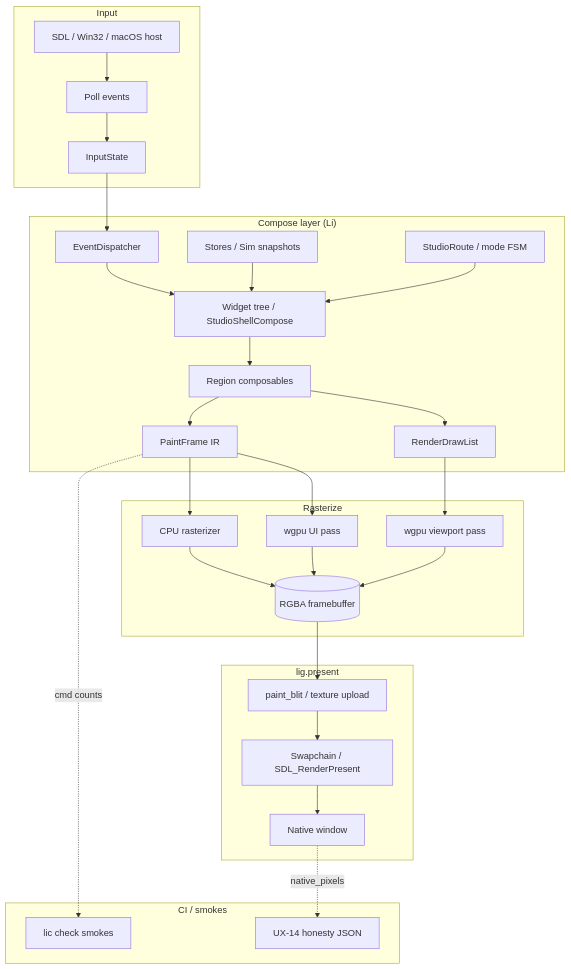
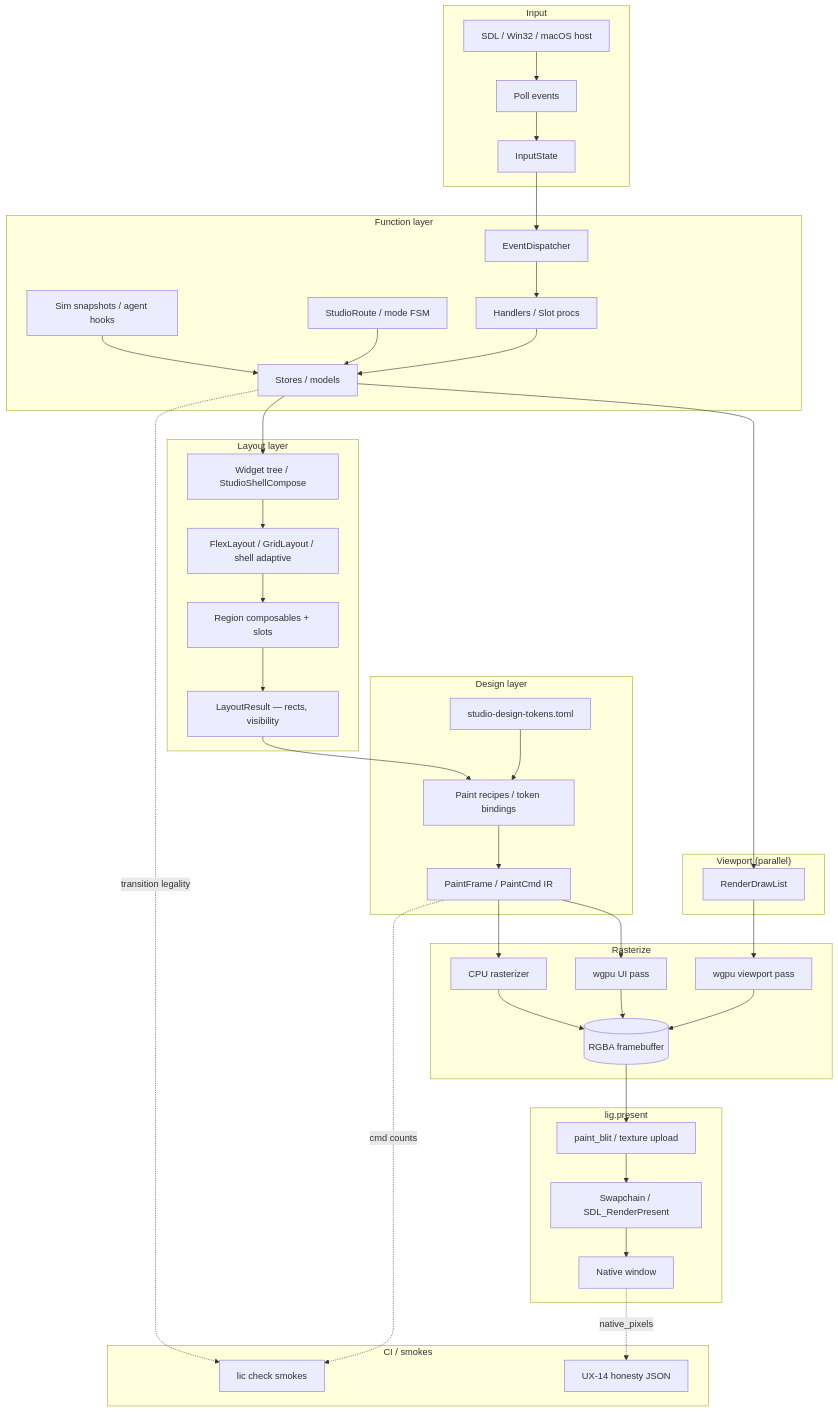
The diagram in docs/GUI-LIBRARY-PLAN.md (li-langverse/studio), drawn with Mermaid before and after one commit. The commit also changed other lines of this file, not shown here.

First line of the commit message:
Add Function-Layout-Design triad as core Li GUI philosophy.

````diff
--- a/docs/GUI-LIBRARY-PLAN.md
+++ b/docs/GUI-LIBRARY-PLAN.md
@@ -506,38 +634,54 @@
 ```mermaid
 flowchart TB
   subgraph Input
     SDL[SDL / Win32 / macOS host]
     SDL --> Poll[Poll events]
     Poll --> IS[InputState]
   end
 
-  subgraph Compose["Compose layer (Li)"]
+  subgraph Function["Function layer"]
     IS --> ED[EventDispatcher]
-    ED --> WS[Widget tree / StudioShellCompose]
-    ST[Stores / Sim snapshots] --> WS
-    RT[StudioRoute / mode FSM] --> WS
-    WS --> CR[Region composables]
-    CR --> PF[PaintFrame IR]
-    CR --> VDL[RenderDrawList]
+    ED --> FH[Handlers / Slot procs]
+    SIM[Sim snapshots / agent hooks] --> ST[Stores / models]
+    RT[StudioRoute / mode FSM] --> ST
+    FH --> ST
+  end
+
+  subgraph Layout["Layout layer"]
+    ST --> WS[Widget tree / StudioShellCompose]
+    WS --> LM[FlexLayout / GridLayout / shell adaptive]
+    LM --> CR[Region composables + slots]
+    CR --> LR[LayoutResult — rects, visibility]
+  end
+
+  subgraph Design["Design layer"]
+    LR --> PR[Paint recipes / token bindings]
+    TOK[studio-design-tokens.toml] --> PR
+    PR --> PF[PaintFrame / PaintCmd IR]
+  end
+
+  subgraph Viewport["Viewport (parallel)"]
+    ST --> VDL[RenderDrawList]
   end
 
   subgraph Rasterize
     PF --> CPU[CPU rasterizer]
     PF --> GPU[wgpu UI pass]
     VDL --> VP[wgpu viewport pass]
     CPU --> FB[(RGBA framebuffer)]
     GPU --> FB
     VP --> FB
   end
 
   subgraph Present["lig.present"]
     FB --> BLIT[paint_blit / texture upload]
     BLIT --> SC[Swapchain / SDL_RenderPresent]
     SC --> WIN[Native window]
   end
 
   subgraph Proof["CI / smokes"]
-    PF -. cmd counts .-> SM[lic check smokes]
+    ST -. transition legality .-> SM[lic check smokes]
+    PF -. cmd counts .-> SM
     WIN -. native_pixels .-> HON[UX-14 honesty JSON]
   end
 ```
````
